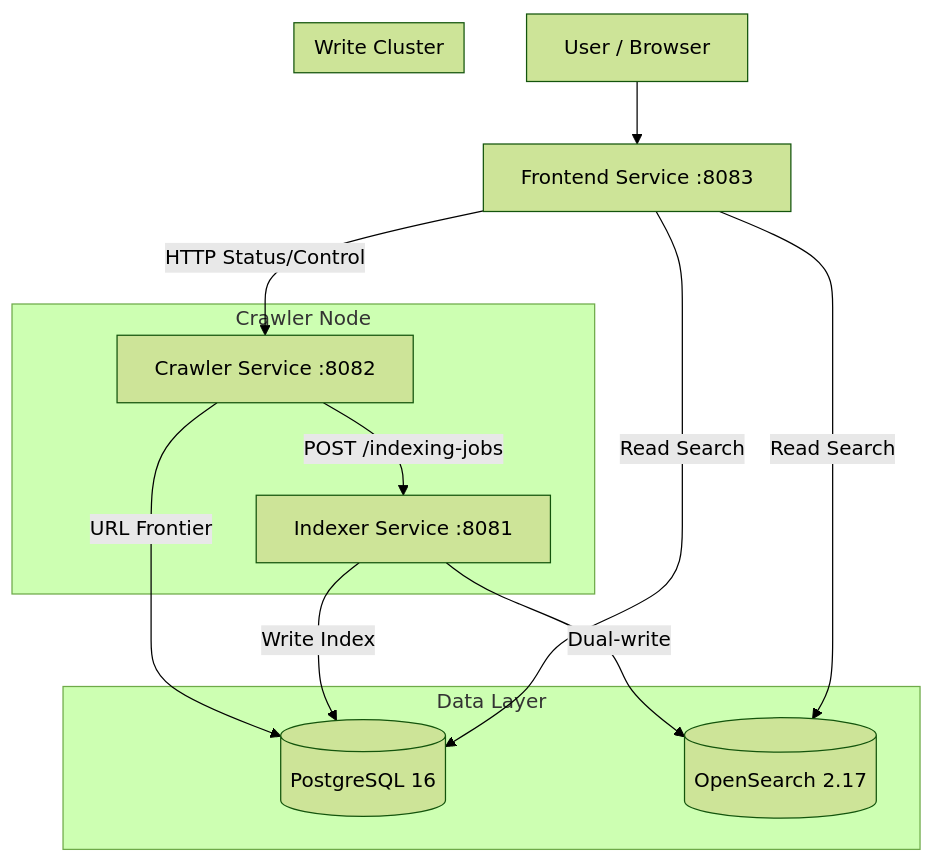
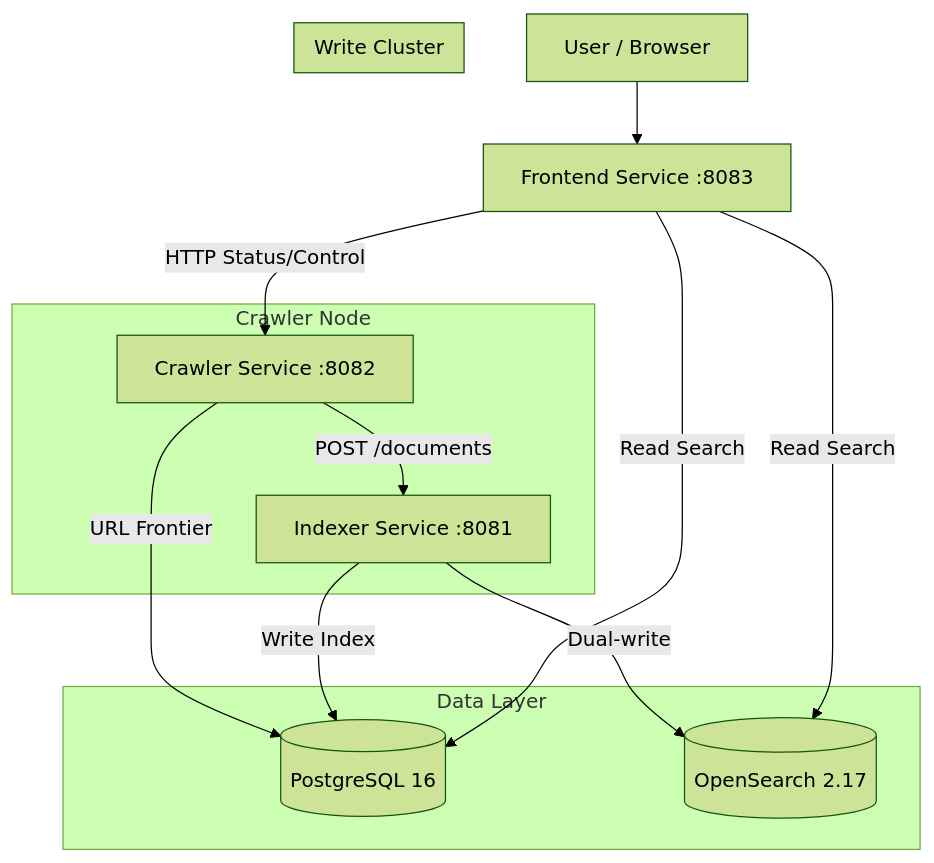
The diagram in docs/architecture.md (tomato414941/web-search), drawn with Mermaid (forest theme) before and after one commit. The commit also changed 42 other files, not shown here.

````diff
--- a/docs/architecture.md
+++ b/docs/architecture.md
@@ -39,25 +39,25 @@
 ```mermaid
 graph TD
     Client[User / Browser] --> Frontend[Frontend Service :8083]
 
     subgraph Data Layer
         DB[(PostgreSQL 16)]
         OS[(OpenSearch 2.17)]
     end
 
     subgraph Crawler Node
         Crawler[Crawler Service :8082]
-        Crawler -- POST /indexing-jobs --> Indexer
+        Crawler -- POST /documents --> Indexer
     end
 
     subgraph Write Cluster
         Indexer[Indexer Service :8081]
     end
 
     Frontend -- Read Search --> DB
     Frontend -- Read Search --> OS
     Indexer -- Write Index --> DB
     Indexer -- Dual-write --> OS
     Crawler -- URL Frontier --> DB
     Frontend -- HTTP Status/Control --> Crawler
 ```
````
